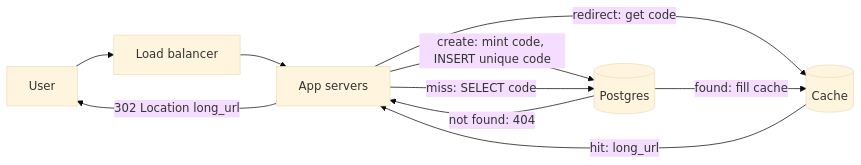
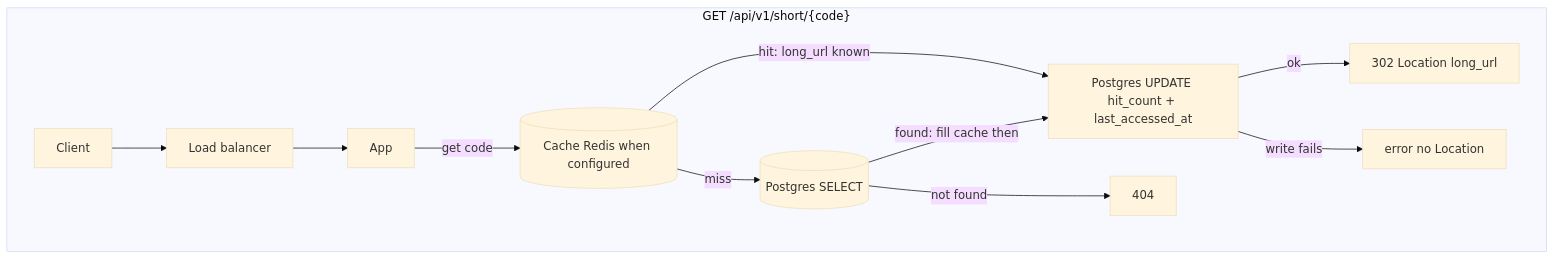
Before and after one commit to lagarcess/do-blitz: the second of 4 diagrams in ARCHITECTURE.md, drawn with Mermaid (base theme). The commit also changed other lines of this file and 1 other file, not shown here.

First line of the commit message:
docs: clear Create vs Redirect architecture diagrams

````diff
--- a/ARCHITECTURE.md
+++ b/ARCHITECTURE.md
@@ -21,12 +40,14 @@
 ```mermaid
-flowchart LR
-    User --> LB[Load balancer]
-    LB --> App[App servers]
-    App -->|create: mint code, INSERT unique code| PG[(Postgres)]
-    App -->|redirect: get code| Cache[(Cache)]
-    Cache -->|hit: long_url| App
-    App -->|miss: SELECT code| PG
-    PG -->|found: fill cache| Cache
-    PG -->|not found: 404| App
-    App -->|302 Location long_url| User
+flowchart TD
+  subgraph Redirect["GET /api/v1/short/{code}"]
+    U2[Client] --> LB2[Load balancer]
+    LB2 --> App2[App]
+    App2 -->|get code| Cache[(Cache Redis when configured)]
+    Cache -->|hit: long_url known| Upd[Postgres UPDATE hit_count + last_accessed_at]
+    Cache -->|miss| PG2[(Postgres SELECT)]
+    PG2 -->|not found| R404[404]
+    PG2 -->|found: fill cache then| Upd
+    Upd -->|ok| R302[302 Location long_url]
+    Upd -->|write fails| Err[error no Location]
+  end
 ```
````
